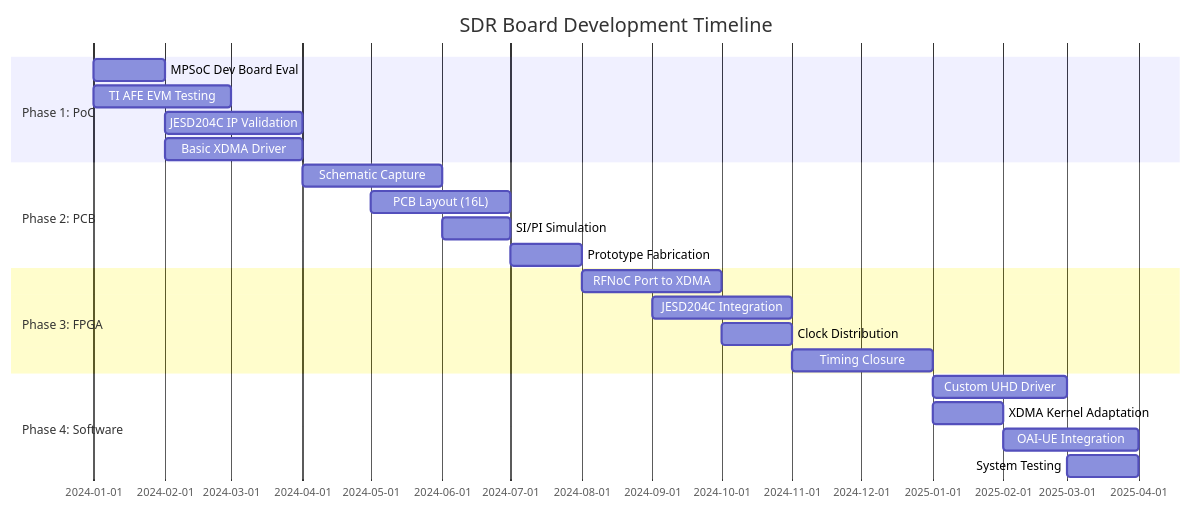
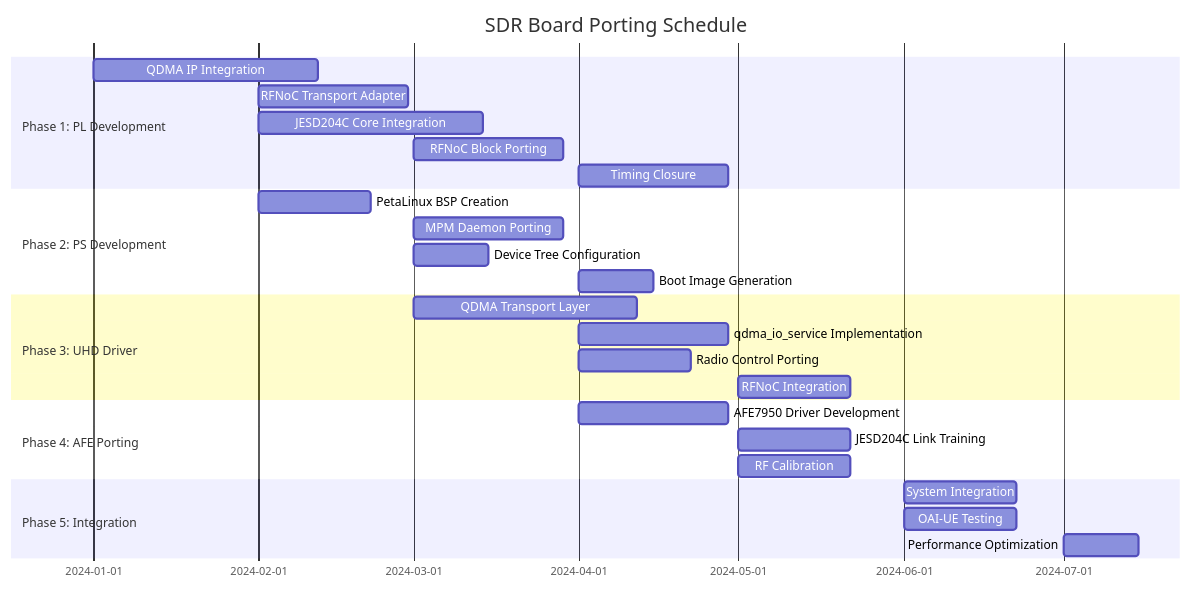
One commit to EttusResearch/uhd changed diagram 12 of 19 in docs/sdr_board_project_plan.md. Above: the diagram before and after it, drawn with Mermaid. The commit also changed other lines of this file, not shown here.

First line of the commit message:
docs: Update SDR board plan with QDMA, ZU19EG, and revised schedule

````diff
--- a/docs/sdr_board_project_plan.md
+++ b/docs/sdr_board_project_plan.md
@@ -460,29 +591,34 @@
 ```mermaid
 gantt
-    title SDR Board Development Timeline
+    title SDR Board Porting Schedule
     dateFormat  YYYY-MM
 
-    section Phase 1: PoC
-    MPSoC Dev Board Eval     :p1a, 2024-01, 1M
-    TI AFE EVM Testing       :p1b, 2024-01, 2M
-    JESD204C IP Validation   :p1c, 2024-02, 2M
-    Basic XDMA Driver        :p1d, 2024-02, 2M
+    section Phase 1: PL Development
+    QDMA IP Integration      :p1a, 2024-01, 6w
+    RFNoC Transport Adapter  :p1b, 2024-02, 4w
+    JESD204C Core Integration:p1c, 2024-02, 6w
+    RFNoC Block Porting      :p1d, 2024-03, 4w
+    Timing Closure           :p1e, 2024-04, 4w
 
-    section Phase 2: PCB
-    Schematic Capture        :p2a, 2024-04, 2M
-    PCB Layout (16L)         :p2b, 2024-05, 2M
-    SI/PI Simulation         :p2c, 2024-06, 1M
-    Prototype Fabrication    :p2d, 2024-07, 1M
+    section Phase 2: PS Development
+    PetaLinux BSP Creation   :p2a, 2024-02, 3w
+    MPM Daemon Porting       :p2b, 2024-03, 4w
+    Device Tree Configuration:p2c, 2024-03, 2w
+    Boot Image Generation    :p2d, 2024-04, 2w
 
-    section Phase 3: FPGA
-    RFNoC Port to XDMA       :p3a, 2024-08, 2M
-    JESD204C Integration     :p3b, 2024-09, 2M
-    Clock Distribution       :p3c, 2024-10, 1M
-    Timing Closure           :p3d, 2024-11, 2M
+    section Phase 3: UHD Driver
+    QDMA Transport Layer     :p3a, 2024-03, 6w
+    qdma_io_service Implementation :p3b, 2024-04, 4w
+    Radio Control Porting    :p3c, 2024-04, 3w
+    RFNoC Integration        :p3d, 2024-05, 3w
 
-    section Phase 4: Software
-    Custom UHD Driver        :p4a, 2025-01, 2M
-    XDMA Kernel Adaptation   :p4b, 2025-01, 1M
-    OAI-UE Integration       :p4c, 2025-02, 2M
-    System Testing           :p4d, 2025-03, 1M
+    section Phase 4: AFE Porting
+    AFE7950 Driver Development :p4a, 2024-04, 4w
+    JESD204C Link Training   :p4b, 2024-05, 3w
+    RF Calibration           :p4c, 2024-05, 3w
+
+    section Phase 5: Integration
+    System Integration       :p5a, 2024-06, 3w
+    OAI-UE Testing          :p5b, 2024-06, 3w
+    Performance Optimization :p5c, 2024-07, 2w
 ```
````
